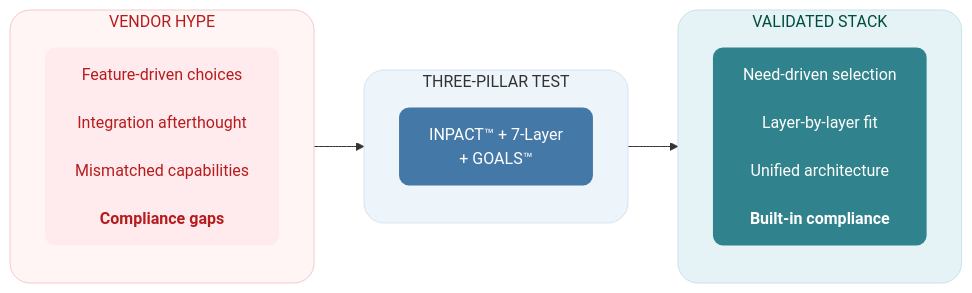
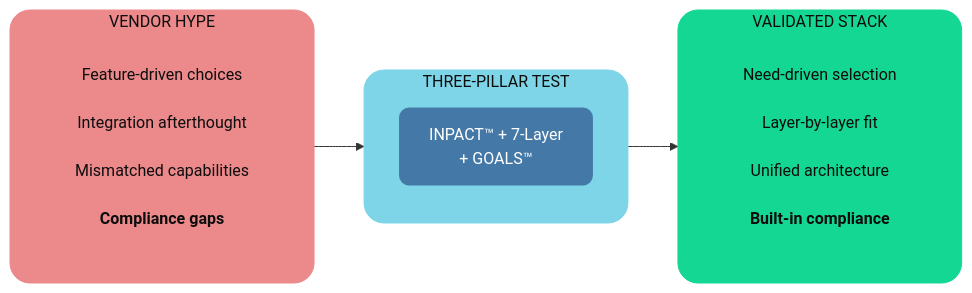
The diagram in mermaid-source/figure-11-1.mmd (saitejesh-cyber/trust-before-intelligence-book), drawn with Mermaid before and after one commit. The commit also changed 212 other files, not shown here.

Commit message:
Apply semantic Colaberry palette across all diagram sources and PNGs

```diff
--- a/mermaid-source/figure-11-1.mmd
+++ b/mermaid-source/figure-11-1.mmd
@@ -1,25 +1,25 @@
 
  graph LR
     subgraph BEFORE["VENDOR HYPE"]
         direction TB
         B1["Feature-driven choices<br/><br/>Integration afterthought<br/><br/>Mismatched capabilities<br/><br/><b>Compliance gaps</b>"]
     end
     
     subgraph TRANSFORM["THREE-PILLAR TEST"]
         direction TB
         T1["INPACT™ + 7-Layer<br/>+ GOALS™"]
     end
     
     subgraph AFTER["VALIDATED STACK"]
         direction TB
         A1["Need-driven selection<br/><br/>Layer-by-layer fit<br/><br/>Unified architecture<br/><br/><b>Built-in compliance</b>"]
     end
     
     BEFORE --> TRANSFORM --> AFTER
     
-    style BEFORE fill:#fff5f5,stroke:#f2caca,stroke-width:1px,color:#b71c1c,rx:20,ry:20
-    style TRANSFORM fill:#edf4fa,stroke:#d6e4f2,stroke-width:1px,color:#333333,rx:20,ry:20
-    style AFTER fill:#e6f3f6,stroke:#c7e3ea,stroke-width:1px,color:#004d40,rx:20,ry:20
-    style B1 fill:#ffebee,stroke:none,color:#b71c1c,rx:10,ry:10
+    style BEFORE fill:#EB898B,stroke:#EB898B,stroke-width:1px,color:#0D0D0D,rx:20,ry:20
+    style TRANSFORM fill:#7FD5E8,stroke:#7FD5E8,stroke-width:1px,color:#0D0D0D,rx:20,ry:20
+    style AFTER fill:#14D793,stroke:#14D793,stroke-width:1px,color:#0D0D0D,rx:20,ry:20
+    style B1 fill:#EB898B,stroke:none,color:#0D0D0D,rx:10,ry:10
     style T1 fill:#4478A6,stroke:none,color:#ffffff,rx:10,ry:10
-    style A1 fill:#30838C,stroke:none,color:#ffffff,rx:10,ry:10
+    style A1 fill:#14D793,stroke:none,color:#0D0D0D,rx:10,ry:10
```
